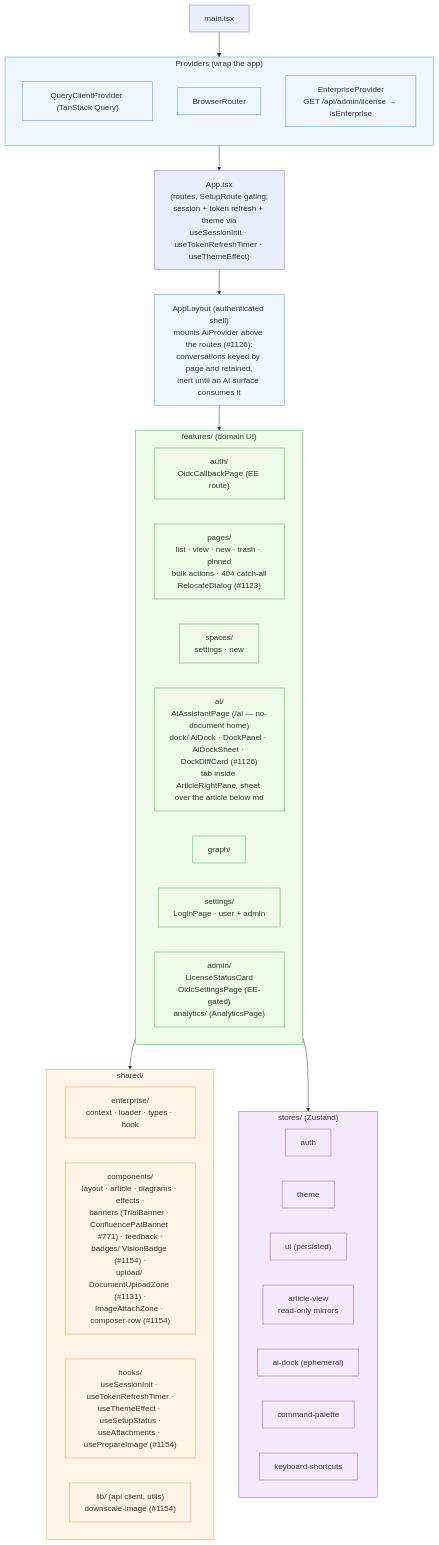
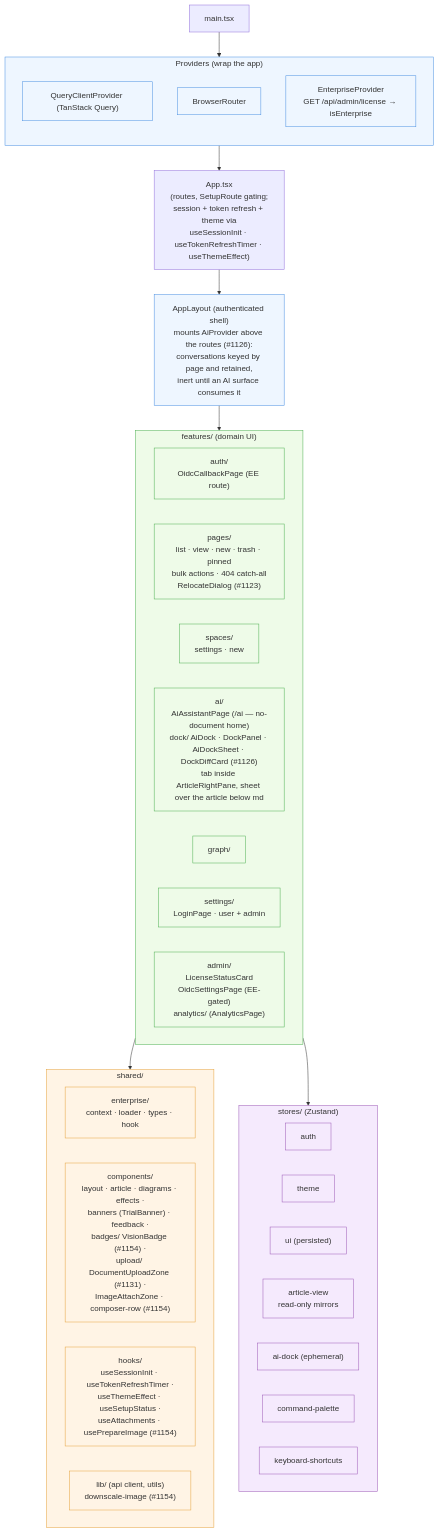
The first of 5 diagrams in docs/architecture/04-frontend-structure.md (Compendiq/compendiq-ce), drawn with Mermaid before and after one commit. The commit also changed 6 other files, not shown here.

First line of the commit message:
fix(pages): remove the Confluence PAT onboarding banner

````diff
--- a/docs/architecture/04-frontend-structure.md
+++ b/docs/architecture/04-frontend-structure.md
@@ -8,59 +8,59 @@
 ```mermaid
 flowchart TB
     main["main.tsx"]
 
     subgraph providers["Providers (wrap the app)"]
         direction TB
         qp["QueryClientProvider (TanStack Query)"]
         rp["BrowserRouter"]
         ep["EnterpriseProvider<br/>GET /api/admin/license → isEnterprise"]
     end
 
     main --> providers
     providers --> app["App.tsx<br/>(routes, SetupRoute gating;<br/>session + token refresh + theme via<br/>useSessionInit · useTokenRefreshTimer · useThemeEffect)"]
 
     subgraph features["features/ (domain UI)"]
         direction LR
         fAuth["auth/<br/>OidcCallbackPage (EE route)"]
         fPages["pages/<br/>list · view · new · trash · pinned<br/>bulk actions · 404 catch-all<br/>RelocateDialog (#1123)"]
         fSpaces["spaces/<br/>settings · new"]
         fAI["ai/<br/>AiAssistantPage (/ai — no-document home)<br/>dock/ AiDock · DockPanel · AiDockSheet · DockDiffCard (#1126)<br/>tab inside ArticleRightPane, sheet over the article below md"]
         fGraph["graph/"]
         fSettings["settings/<br/>LoginPage · user + admin"]
         fAdmin["admin/<br/>LicenseStatusCard<br/>OidcSettingsPage (EE-gated)<br/>analytics/ (AnalyticsPage)"]
     end
 
     app --> shell["AppLayout (authenticated shell)<br/>mounts AiProvider above the routes (#1126):<br/>conversations keyed by page and retained,<br/>inert until an AI surface consumes it"]
     shell --> features
 
     subgraph shared["shared/"]
         direction LR
         sEnt["enterprise/<br/>context · loader · types · hook"]
-        sComp["components/<br/>layout · article · diagrams · effects ·<br/>banners (TrialBanner · ConfluencePatBanner #771) · feedback ·<br/>badges/ VisionBadge (#1154) ·<br/>upload/ DocumentUploadZone (#1131) ·<br/>ImageAttachZone · composer-row (#1154)"]
+        sComp["components/<br/>layout · article · diagrams · effects ·<br/>banners (TrialBanner) · feedback ·<br/>badges/ VisionBadge (#1154) ·<br/>upload/ DocumentUploadZone (#1131) ·<br/>ImageAttachZone · composer-row (#1154)"]
         sHooks["hooks/<br/>useSessionInit · useTokenRefreshTimer ·<br/>useThemeEffect · useSetupStatus ·<br/>useAttachments · usePrepareImage (#1154)"]
         sLib["lib/ (api client, utils)<br/>downscale-image (#1154)"]
     end
 
     features --> shared
 
     subgraph stores["stores/ (Zustand)"]
         zAuth["auth"]
         zTheme["theme"]
         zUI["ui (persisted)"]
         zAV["article-view<br/>read-only mirrors"]
         zDock["ai-dock (ephemeral)"]
         zCmd["command-palette"]
         zKb["keyboard-shortcuts"]
     end
 
     features --> stores
 
     classDef prov fill:#eef6ff,stroke:#4a90e2
     classDef feat fill:#eefbe8,stroke:#4caf50
     classDef sh fill:#fff4e5,stroke:#e5a23c
     classDef st fill:#f5eafd,stroke:#9b59b6
     class providers,qp,rp,ep,shell prov
     class features,fAuth,fPages,fSpaces,fAI,fGraph,fSettings,fAdmin feat
     class shared,sEnt,sComp,sHooks,sLib sh
     class stores,zAuth,zTheme,zUI,zAV,zDock,zCmd,zKb st
 ```
````
